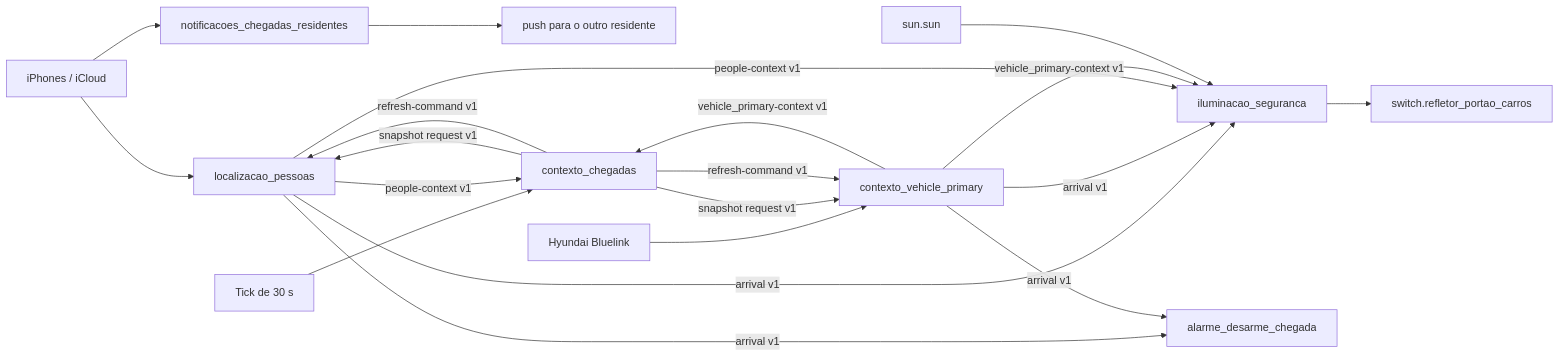
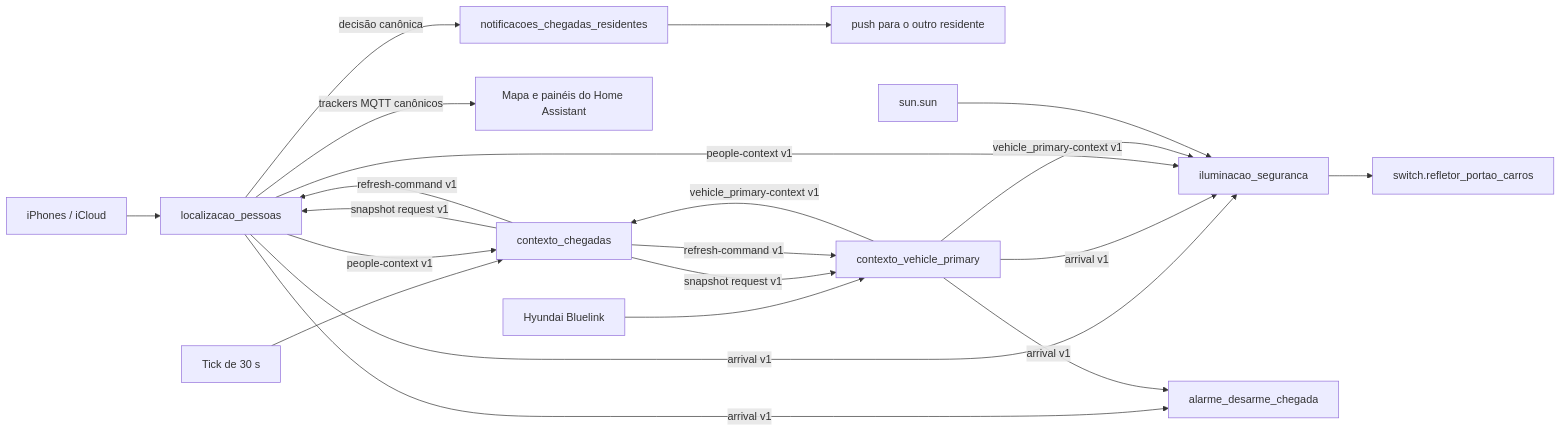
Before and after one commit to gabrafur/my_smart_home: the first of 2 diagrams in docs/ILUMINACAO_SEGURANCA_NODERED.md, drawn with Mermaid. The commit also changed other lines of this file and 50 other files, not shown here.

````diff
--- a/docs/ILUMINACAO_SEGURANCA_NODERED.md
+++ b/docs/ILUMINACAO_SEGURANCA_NODERED.md
@@ -19,25 +19,26 @@
 ```mermaid
 flowchart LR
     IP[iPhones / iCloud] --> P[localizacao_pessoas]
-    IP --> N[notificacoes_chegadas_residentes]
+    P -->|decisão canônica| N[notificacoes_chegadas_residentes]
+    P -->|trackers MQTT canônicos| H[Mapa e painéis do Home Assistant]
     N --> M[push para o outro residente]
     K[Hyundai Bluelink] --> C[contexto_vehicle_primary]
     T[Tick de 30 s] --> O[contexto_chegadas]
 
     O -->|snapshot request v1| P
     O -->|snapshot request v1| C
     P -->|people-context v1| O
     C -->|vehicle_primary-context v1| O
     O -->|refresh-command v1| P
     O -->|refresh-command v1| C
 
     P -->|arrival v1| L[iluminacao_seguranca]
     C -->|arrival v1| L
     P -->|people-context v1| L
     C -->|vehicle_primary-context v1| L
     S[sun.sun] --> L
     L --> R[switch.refletor_portao_carros]
 
     P -->|arrival v1| A[alarme_desarme_chegada]
     C -->|arrival v1| A
 ```
````
